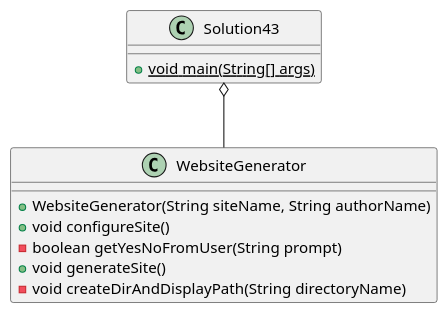
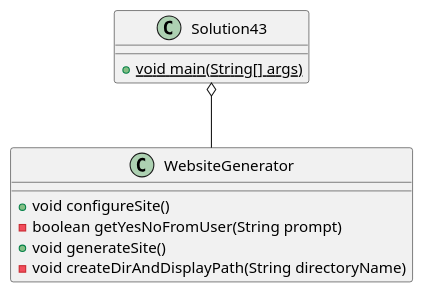
One commit to ethandrzb/thomas-a04 changed the diagram in exercise43/docs/class_diagram.puml. Above: the diagram before and after it, drawn with PlantUML. The commit also changed 4 other files, not shown here.

```diff
--- a/exercise43/docs/class_diagram.puml
+++ b/exercise43/docs/class_diagram.puml
@@ -1,20 +1,19 @@
 @startuml
 'https://plantuml.com/class-diagram
 
 class Solution43
 {
     +{static} void main(String[] args)
 }
 
 class WebsiteGenerator
 {
-    +WebsiteGenerator(String siteName, String authorName)
     +void configureSite()
     -boolean getYesNoFromUser(String prompt)
     +void generateSite()
     -void createDirAndDisplayPath(String directoryName)
 }
 
 Solution43 o-- WebsiteGenerator
 
 @enduml
```
